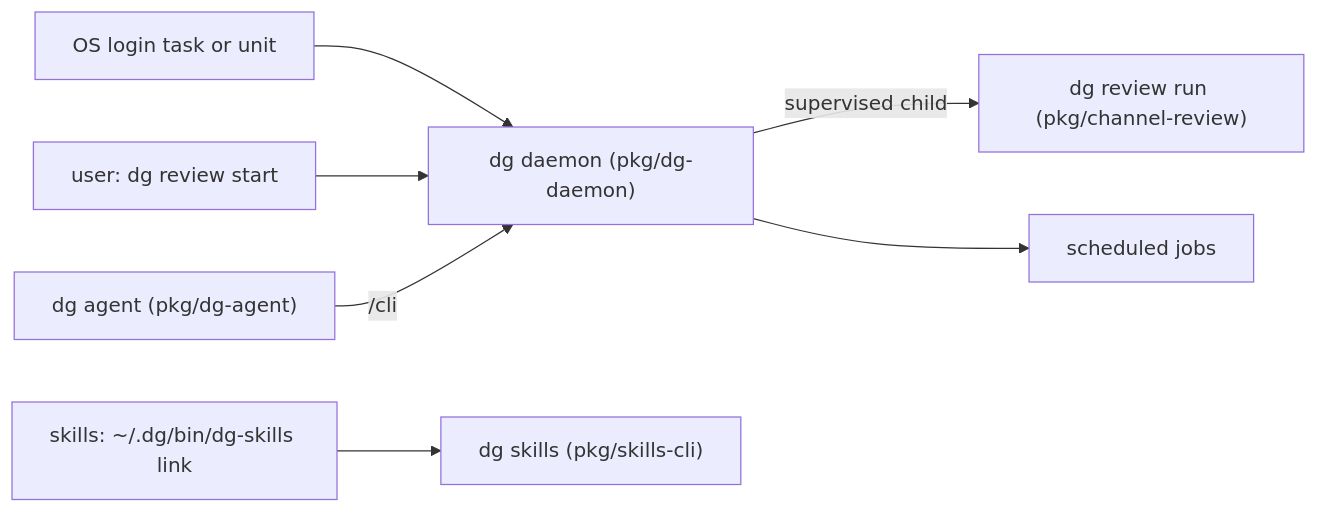
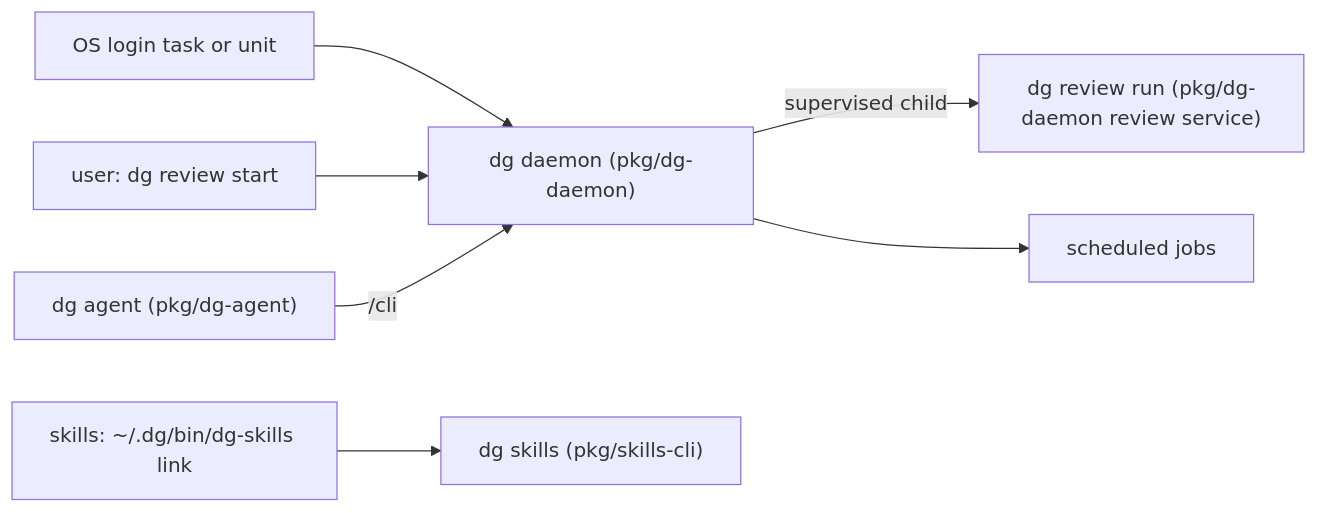
The diagram in docs/adr/0020-one-dg-command.md (detailedghost/dg-ai), drawn with Mermaid before and after one commit. The commit also changed other lines of this file, not shown here.

First line of the commit message:
docs(dg-daemon): fold channel-review, dg-agent and inbox in ADR 0020

````diff
--- a/docs/adr/0020-one-dg-command.md
+++ b/docs/adr/0020-one-dg-command.md
@@ -96,9 +102,9 @@
 ```mermaid
 flowchart LR
     OS["OS login task or unit"] --> D["dg daemon (pkg/dg-daemon)"]
     U["user: dg review start"] --> D
-    D -->|"supervised child"| R["dg review run (pkg/channel-review)"]
+    D -->|"supervised child"| R["dg review run (pkg/dg-daemon review service)"]
     D --> J["scheduled jobs"]
     A["dg agent (pkg/dg-agent)"] -->|"/cli"| D
     S["skills: ~/.dg/bin/dg-skills link"] --> B["dg skills (pkg/skills-cli)"]
 ```
````
